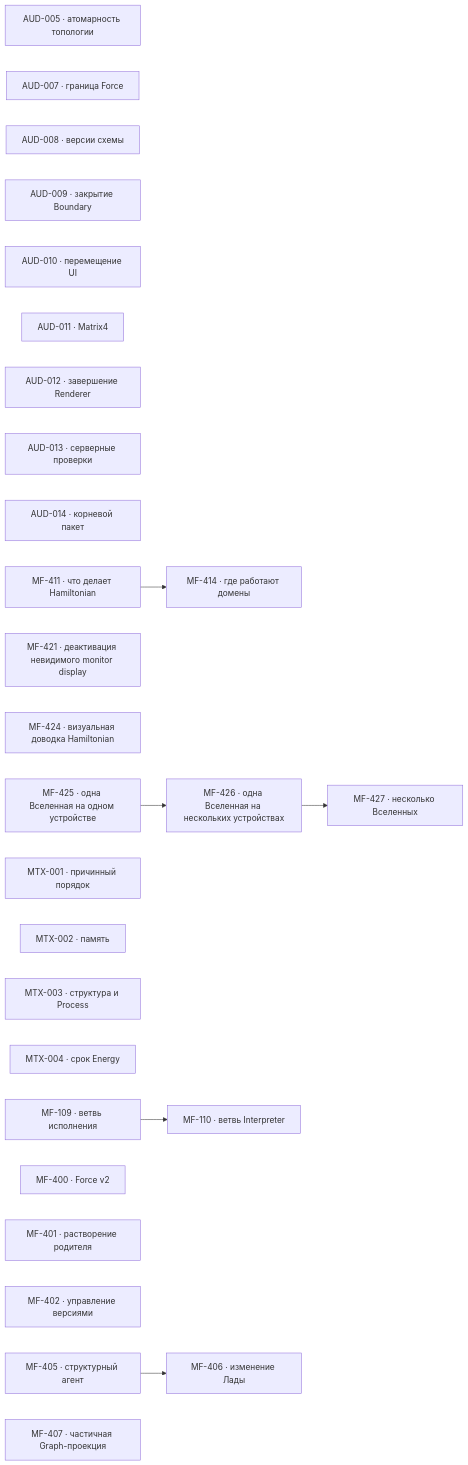
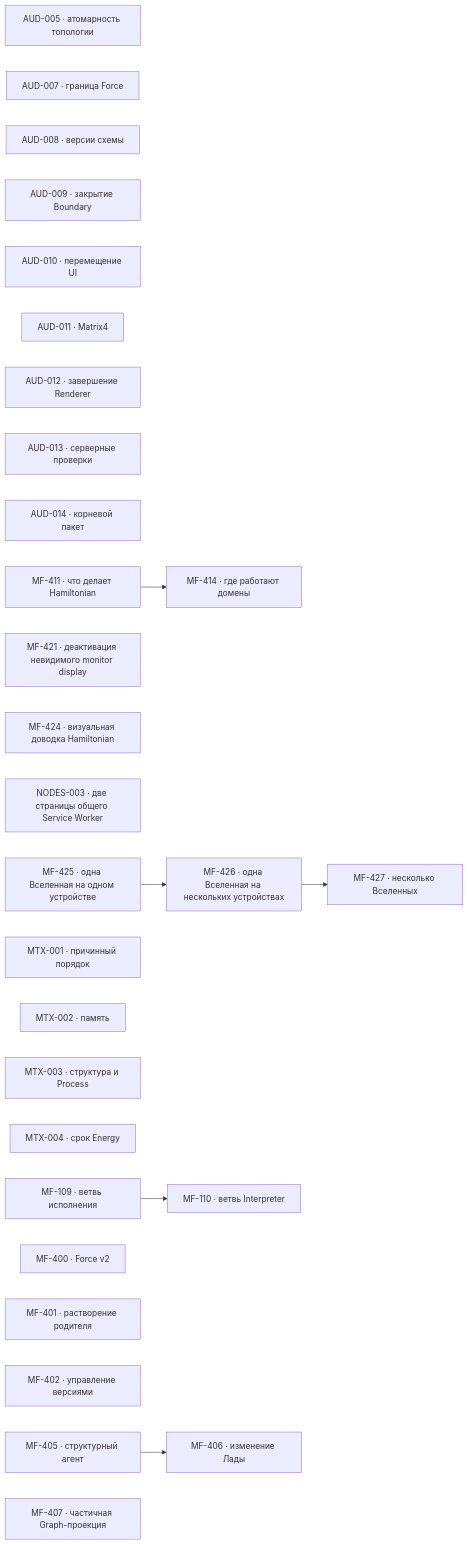
Before and after one commit to zavx0z/metafor: the diagram in project/TODO.md, drawn with Mermaid. The commit also changed other lines of this file and 15 other files, not shown here.

````diff
--- a/project/TODO.md
+++ b/project/TODO.md
@@ -13,36 +13,37 @@
 ```mermaid
 flowchart LR
     AUD005["AUD-005 · атомарность топологии"]
     AUD007["AUD-007 · граница Force"]
     AUD008["AUD-008 · версии схемы"]
     AUD009["AUD-009 · закрытие Boundary"]
     AUD010["AUD-010 · перемещение UI"]
     AUD011["AUD-011 · Matrix4"]
     AUD012["AUD-012 · завершение Renderer"]
     AUD013["AUD-013 · серверные проверки"]
     AUD014["AUD-014 · корневой пакет"]
     MF411["MF-411 · что делает Hamiltonian"]
     MF414["MF-414 · где работают домены"]
     MF421["MF-421 · деактивация невидимого monitor display"]
     MF424["MF-424 · визуальная доводка Hamiltonian"]
+    NODES003["NODES-003 · две страницы общего Service Worker"]
     MF425["MF-425 · одна Вселенная на одном устройстве"]
     MF426["MF-426 · одна Вселенная на нескольких устройствах"]
     MF427["MF-427 · несколько Вселенных"]
     MTX001["MTX-001 · причинный порядок"]
     MTX002["MTX-002 · память"]
     MTX003["MTX-003 · структура и Process"]
     MTX004["MTX-004 · срок Energy"]
     MF109["MF-109 · ветвь исполнения"]
     MF110["MF-110 · ветвь Interpreter"]
     MF400["MF-400 · Force v2"]
     MF401["MF-401 · растворение родителя"]
     MF402["MF-402 · управление версиями"]
     MF405["MF-405 · структурный агент"]
     MF406["MF-406 · изменение Лады"]
     MF407["MF-407 · частичная Graph-проекция"]
     MF109 --> MF110
     MF405 --> MF406
     MF411 --> MF414
     MF425 --> MF426
     MF426 --> MF427
 ```
````
